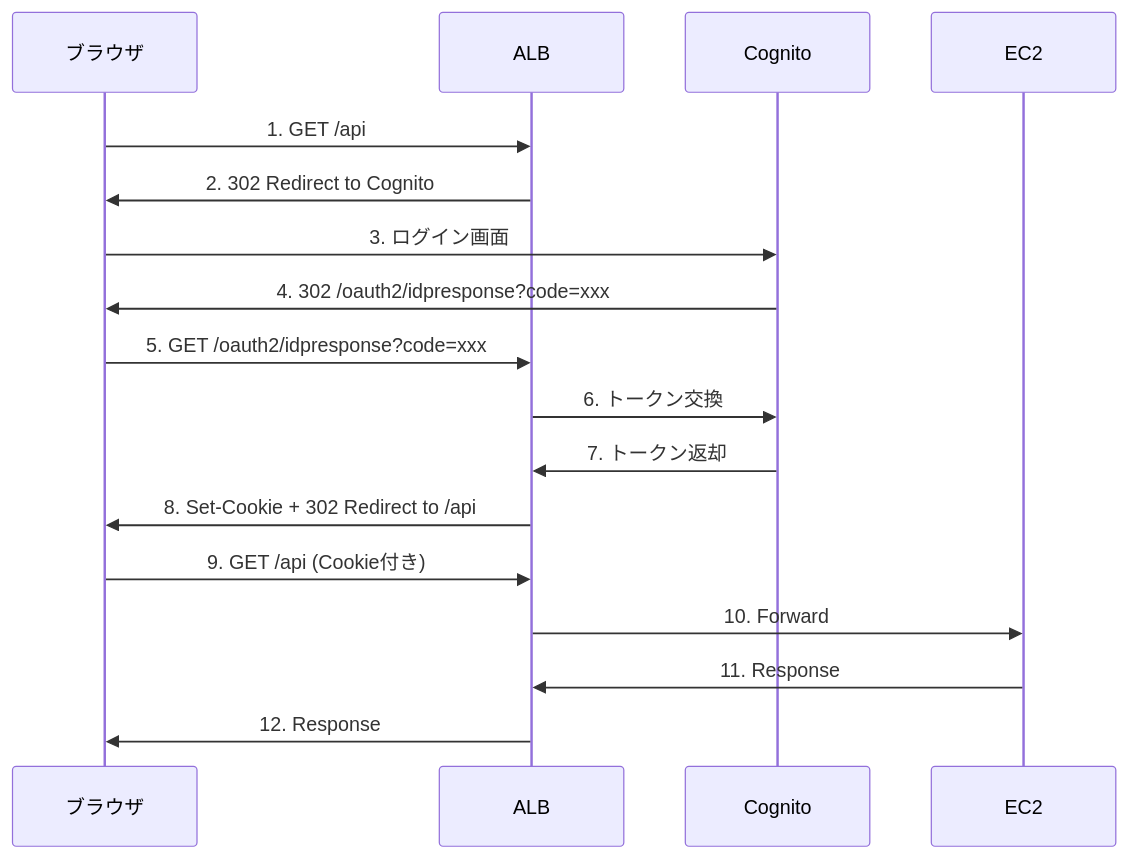
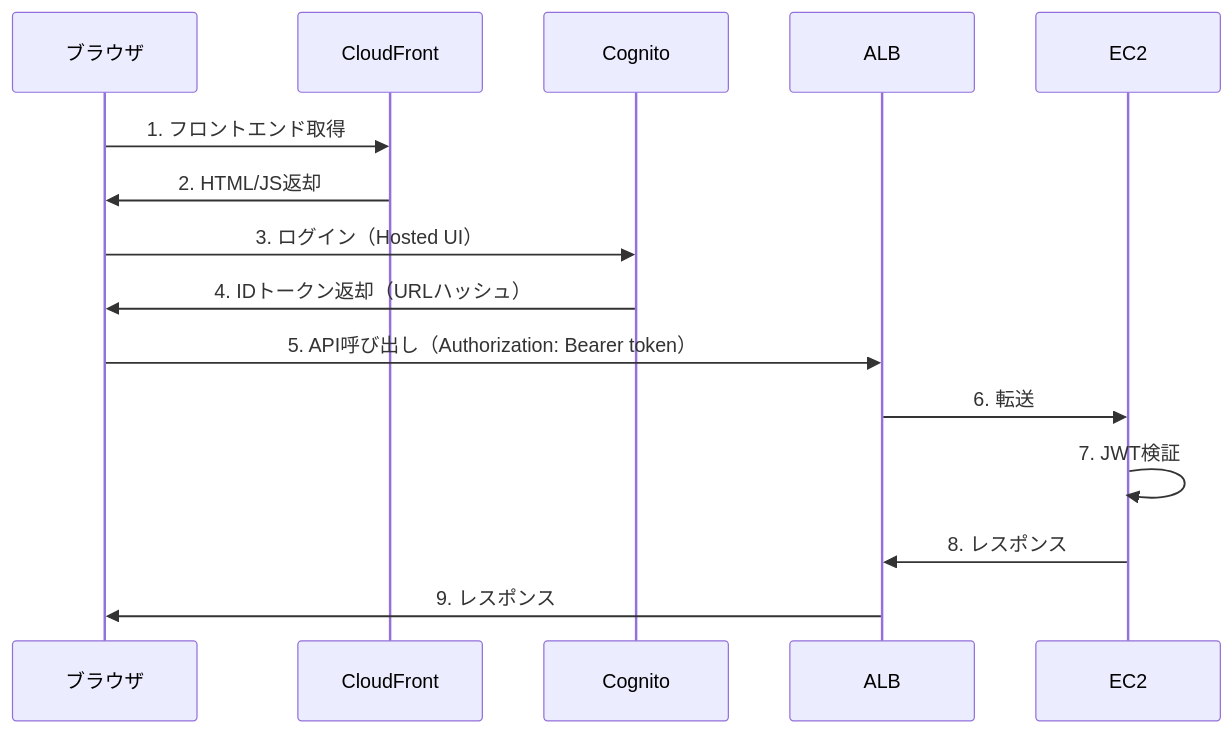
One commit to TORIFUKUKaiou/alb-cognito-demo changed the diagram in README.md. Above: the diagram before and after it, drawn with Mermaid. The commit also changed other lines of this file, not shown here.

````diff
--- a/README.md
+++ b/README.md
@@ -11,20 +13,18 @@
 ```mermaid
 sequenceDiagram
     participant Browser as ブラウザ
+    participant CloudFront
+    participant Cognito
     participant ALB
-    participant Cognito
     participant EC2
 
-    Browser->>ALB: 1. GET /api
-    ALB->>Browser: 2. 302 Redirect to Cognito
-    Browser->>Cognito: 3. ログイン画面
-    Cognito->>Browser: 4. 302 /oauth2/idpresponse?code=xxx
-    Browser->>ALB: 5. GET /oauth2/idpresponse?code=xxx
-    ALB->>Cognito: 6. トークン交換
-    Cognito->>ALB: 7. トークン返却
-    ALB->>Browser: 8. Set-Cookie + 302 Redirect to /api
-    Browser->>ALB: 9. GET /api (Cookie付き)
-    ALB->>EC2: 10. Forward
-    EC2->>ALB: 11. Response
-    ALB->>Browser: 12. Response
+    Browser->>CloudFront: 1. フロントエンド取得
+    CloudFront->>Browser: 2. HTML/JS返却
+    Browser->>Cognito: 3. ログイン（Hosted UI）
+    Cognito->>Browser: 4. IDトークン返却（URLハッシュ）
+    Browser->>ALB: 5. API呼び出し（Authorization: Bearer token）
+    ALB->>EC2: 6. 転送
+    EC2->>EC2: 7. JWT検証
+    EC2->>ALB: 8. レスポンス
+    ALB->>Browser: 9. レスポンス
 ```
````
